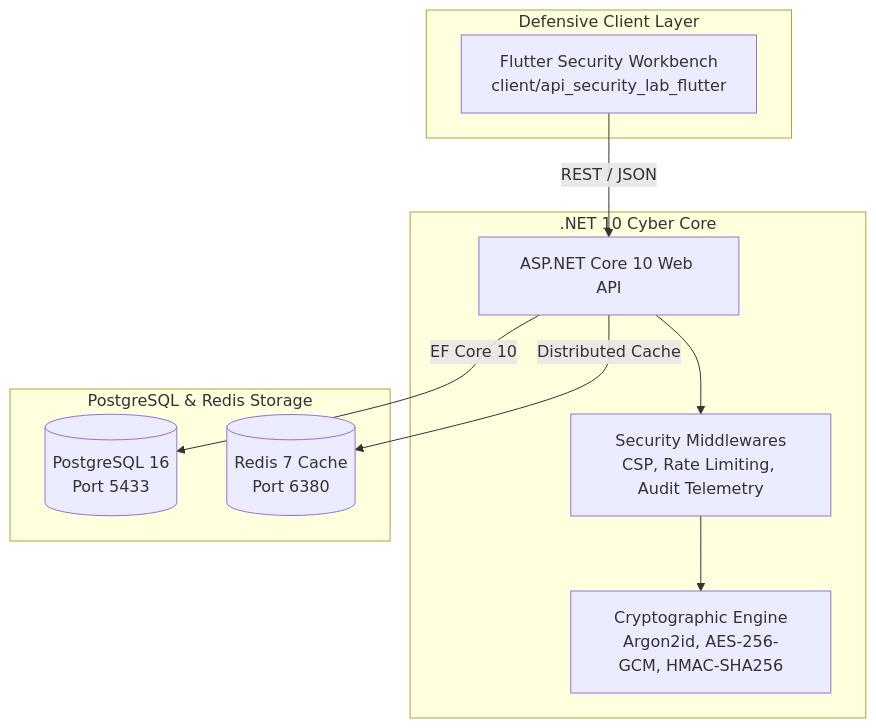
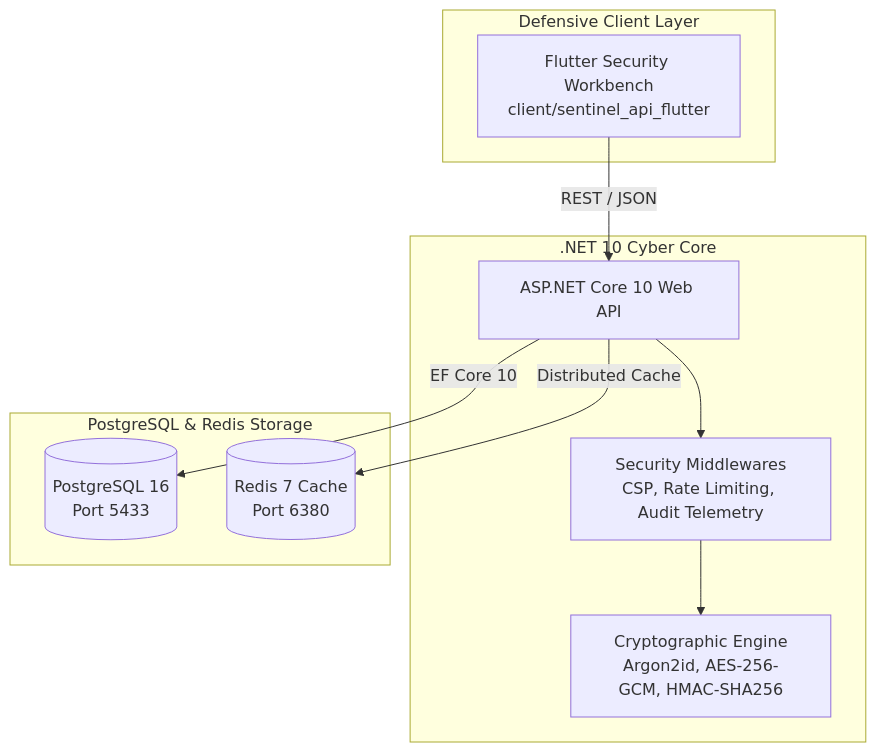
One commit to charan-kumar99/SentinelAPI-SecurityLab changed the diagram in README.md. Above: the diagram before and after it, drawn with Mermaid. The commit also changed other lines of this file and 253 other files, not shown here.

Commit message:
refactor: 100% rename solution, namespaces, docker containers, database, and flutter project to SentinelApi

````diff
--- a/README.md
+++ b/README.md
@@ -25,23 +25,23 @@
 ```mermaid
 graph TD
     subgraph Frontend [Defensive Client Layer]
-        A[Flutter Security Workbench\nclient/api_security_lab_flutter]
+        A[Flutter Security Workbench\nclient/sentinel_api_flutter]
     end
 
     subgraph Backend [.NET 10 Cyber Core]
         B[ASP.NET Core 10 Web API]
         C[Security Middlewares\nCSP, Rate Limiting, Audit Telemetry]
         D[Cryptographic Engine\nArgon2id, AES-256-GCM, HMAC-SHA256]
     end
 
     subgraph Database [PostgreSQL & Redis Storage]
         E[(PostgreSQL 16\nPort 5433)]
         F[(Redis 7 Cache\nPort 6380)]
     end
 
     A -->|REST / JSON| B
     B --> C
     C --> D
     B -->|EF Core 10| E
     B -->|Distributed Cache| F
 ```
````
